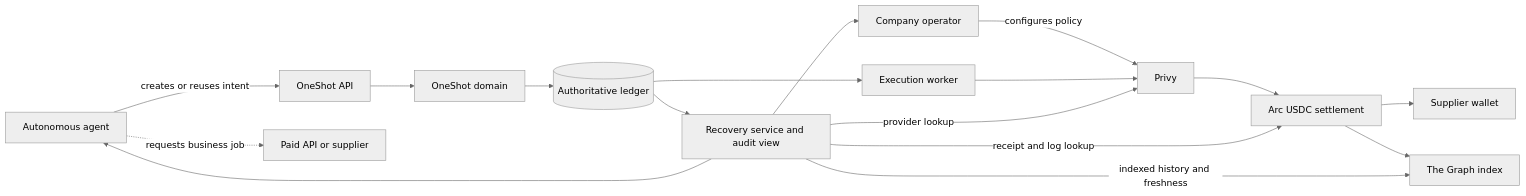
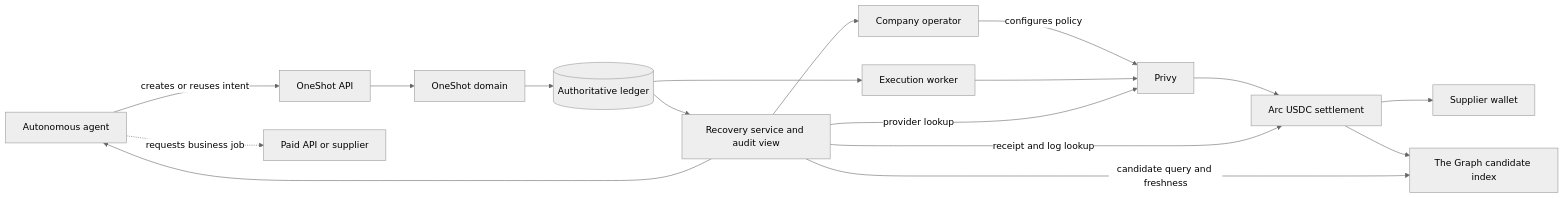
One commit to SWOFART/OneShot changed the first of 7 diagrams in docs/DOMAIN_ARCHITECTURE.md. Above: the diagram before and after it, drawn with Mermaid (neutral theme). The commit also changed other lines of this file and 31 other files, not shown here.

````diff
--- a/docs/DOMAIN_ARCHITECTURE.md
+++ b/docs/DOMAIN_ARCHITECTURE.md
@@ -9,19 +9,19 @@
 ```mermaid
 flowchart LR
     Operator[Company operator] -->|configures policy| Privy[Privy]
     Agent[Autonomous agent] -->|creates or reuses intent| API[OneShot API]
     Agent -.->|requests business job| Supplier[Paid API or supplier]
     API --> Domain[OneShot domain]
     Domain --> Ledger[(Authoritative ledger)]
     Ledger --> Worker[Execution worker]
     Worker --> Privy
     Privy --> Arc[Arc USDC settlement]
     Arc --> SupplierWallet[Supplier wallet]
-    Arc --> Index[The Graph index]
+    Arc --> Graph[The Graph candidate index]
     Ledger --> Recovery[Recovery service and audit view]
     Recovery -->|provider lookup| Privy
     Recovery -->|receipt and log lookup| Arc
-    Recovery -->|indexed history and freshness| Index
+    Recovery -->|candidate query and freshness| Graph
     Recovery --> Agent
     Recovery --> Operator
 ```
````
